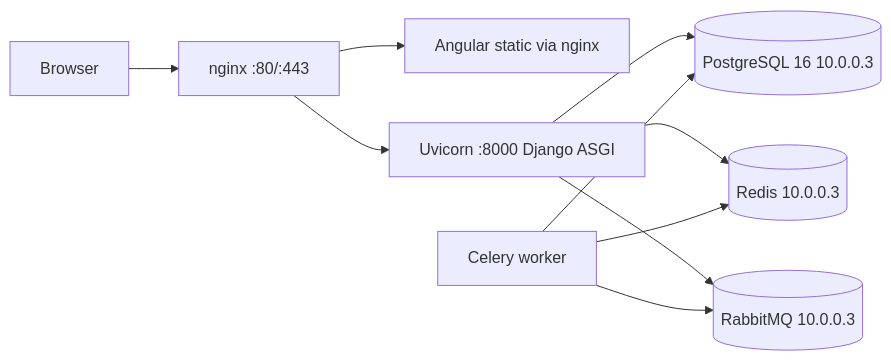
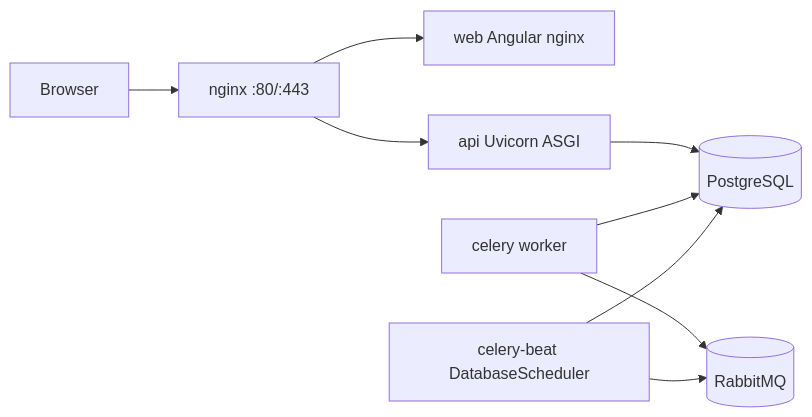
One commit to aykuttars/venzaflow changed the diagram in docs/deployment.md. Above: the diagram before and after it, drawn with Mermaid. The commit also changed other lines of this file and 77 other files, not shown here.

````diff
--- a/docs/deployment.md
+++ b/docs/deployment.md
@@ -7,21 +7,20 @@
 ```mermaid
 flowchart LR
   Client[Browser]
   Proxy[nginx :80/:443]
-  FE[Angular static via nginx]
-  BE[Uvicorn :8000 Django ASGI]
-  Worker[Celery worker]
-  DB[(PostgreSQL 16 10.0.0.3)]
-  Redis[(Redis 10.0.0.3)]
-  RMQ[(RabbitMQ 10.0.0.3)]
+  Web[web Angular nginx]
+  Api[api Uvicorn ASGI]
+  Celery[celery worker]
+  Beat[celery-beat DatabaseScheduler]
+  DB[(PostgreSQL)]
+  RMQ[(RabbitMQ)]
 
   Client --> Proxy
-  Proxy --> FE
-  Proxy --> BE
-  BE --> DB
-  BE --> Redis
-  BE --> RMQ
-  Worker --> RMQ
-  Worker --> Redis
-  Worker --> DB
+  Proxy --> Web
+  Proxy --> Api
+  Api --> DB
+  Celery --> RMQ
+  Beat --> RMQ
+  Celery --> DB
+  Beat --> DB
 ```
````
